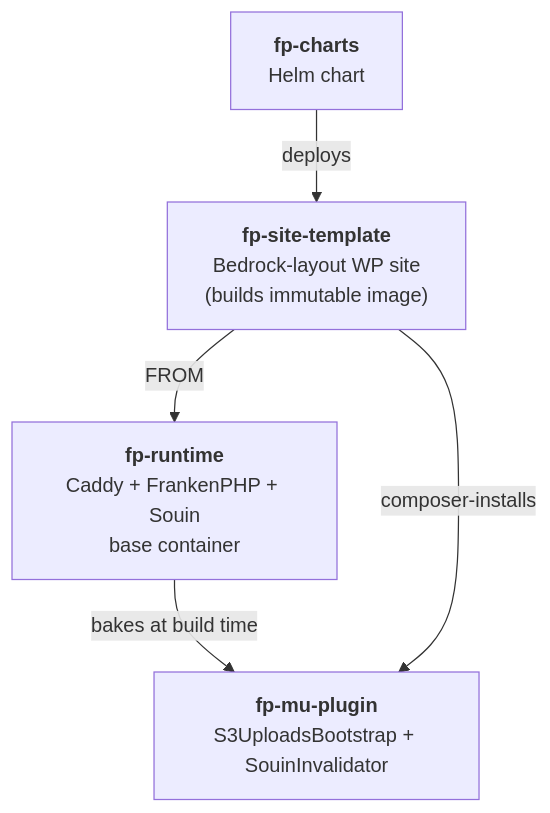
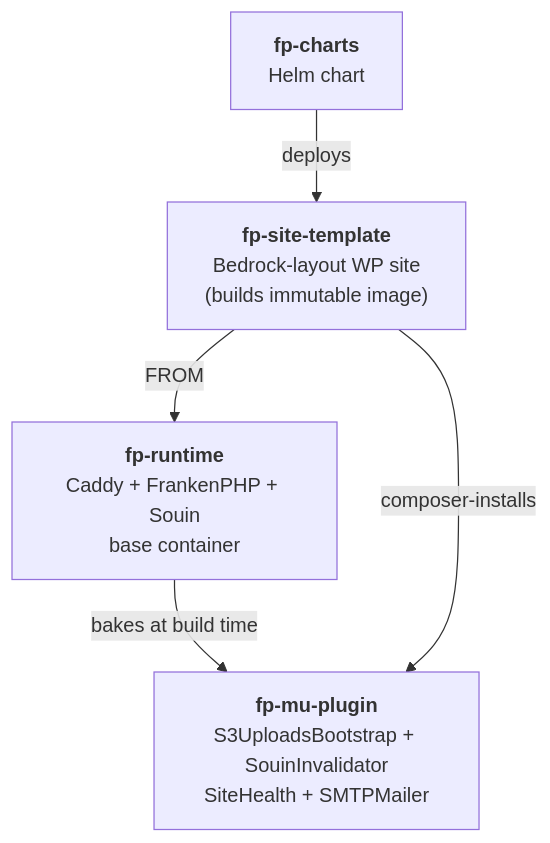
The first of 3 diagrams in architecture.mdx (EightOEight/docs), drawn with Mermaid before and after one commit. The commit also changed other lines of this file and 6 other files, not shown here.

````diff
--- a/architecture.mdx
+++ b/architecture.mdx
@@ -9,12 +9,12 @@
 ```mermaid
 flowchart TD
     charts["<b>fp-charts</b><br/>Helm chart"]
     template["<b>fp-site-template</b><br/>Bedrock-layout WP site<br/>(builds immutable image)"]
     runtime["<b>fp-runtime</b><br/>Caddy + FrankenPHP + Souin<br/>base container"]
-    mu["<b>fp-mu-plugin</b><br/>S3UploadsBootstrap + SouinInvalidator"]
+    mu["<b>fp-mu-plugin</b><br/>S3UploadsBootstrap + SouinInvalidator<br/>SiteHealth + SMTPMailer"]
 
     charts -->|deploys| template
     template -->|FROM| runtime
     runtime -->|bakes at build time| mu
     template -->|composer-installs| mu
 ```
````
